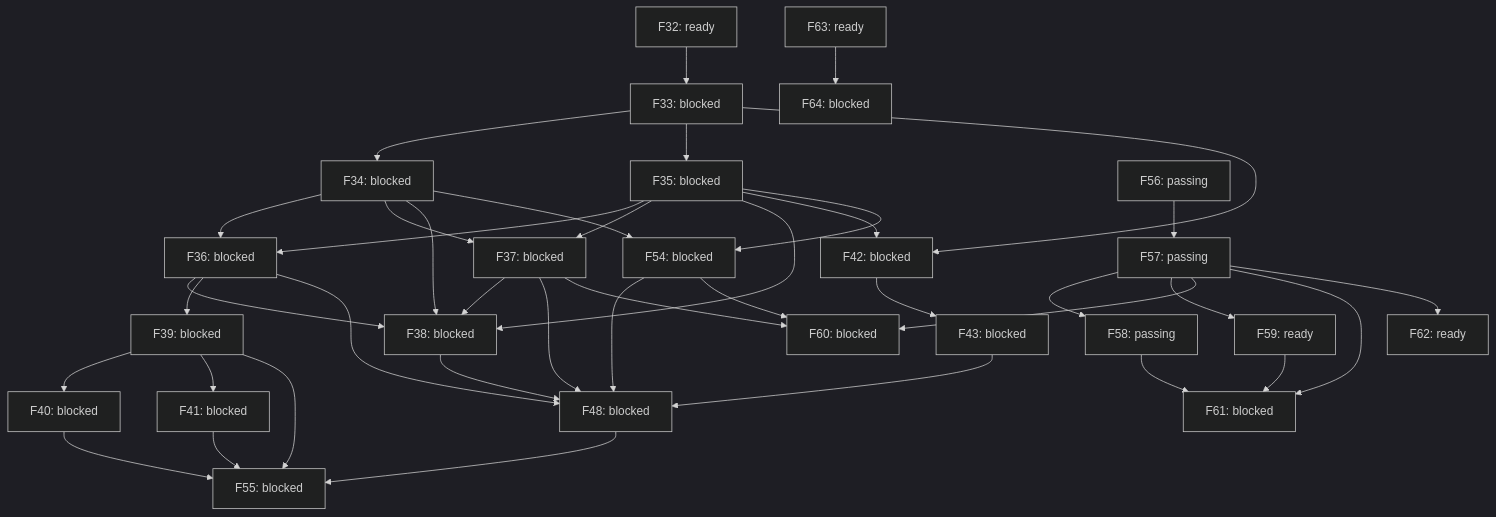
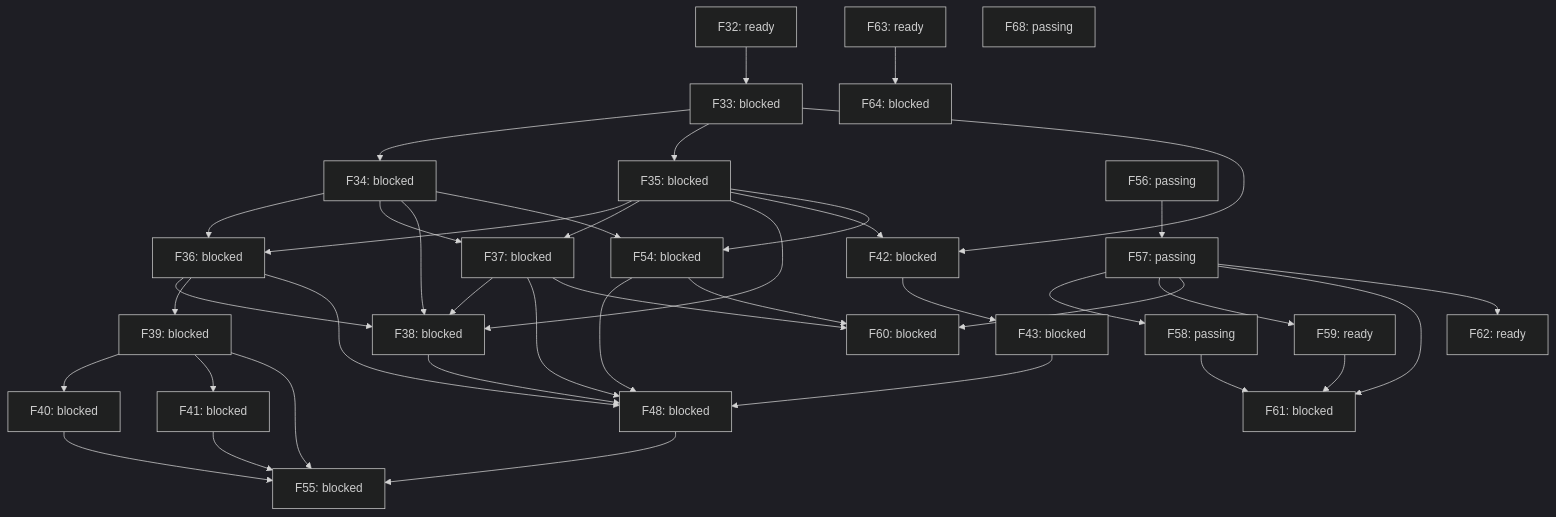
The diagram in docs/roadmap-graph.md (alex-nax/rengine), drawn with Mermaid (dark theme) before and after one commit. The commit also changed other lines of this file and 4 other files, not shown here.

````diff
--- a/docs/roadmap-graph.md
+++ b/docs/roadmap-graph.md
@@ -7,66 +7,67 @@
 ```mermaid
 flowchart TD
   F32["F32: ready"]
   F33["F33: blocked"]
   F32 --> F33
   F34["F34: blocked"]
   F33 --> F34
   F35["F35: blocked"]
   F33 --> F35
   F36["F36: blocked"]
   F34 --> F36
   F35 --> F36
   F37["F37: blocked"]
   F34 --> F37
   F35 --> F37
   F38["F38: blocked"]
   F34 --> F38
   F35 --> F38
   F36 --> F38
   F37 --> F38
   F39["F39: blocked"]
   F36 --> F39
   F40["F40: blocked"]
   F39 --> F40
   F41["F41: blocked"]
   F39 --> F41
   F42["F42: blocked"]
   F33 --> F42
   F35 --> F42
   F43["F43: blocked"]
   F42 --> F43
   F48["F48: blocked"]
   F36 --> F48
   F37 --> F48
   F38 --> F48
   F43 --> F48
   F54 --> F48
   F54["F54: blocked"]
   F34 --> F54
   F35 --> F54
   F55["F55: blocked"]
   F39 --> F55
   F40 --> F55
   F41 --> F55
   F48 --> F55
   F56["F56: passing"]
   F57["F57: passing"]
   F56 --> F57
   F58["F58: passing"]
   F57 --> F58
   F59["F59: ready"]
   F57 --> F59
   F60["F60: blocked"]
   F57 --> F60
   F37 --> F60
   F54 --> F60
   F61["F61: blocked"]
   F57 --> F61
   F58 --> F61
   F59 --> F61
   F62["F62: ready"]
   F57 --> F62
   F63["F63: ready"]
   F64["F64: blocked"]
   F63 --> F64
+  F68["F68: passing"]
 ```
````
